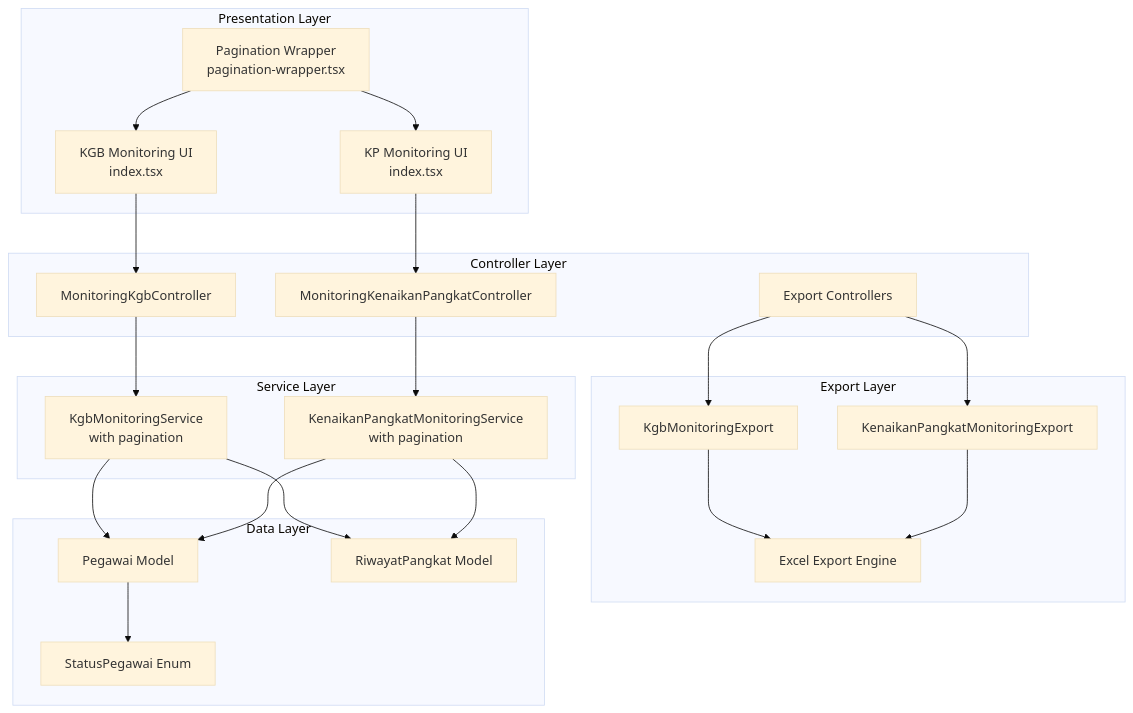
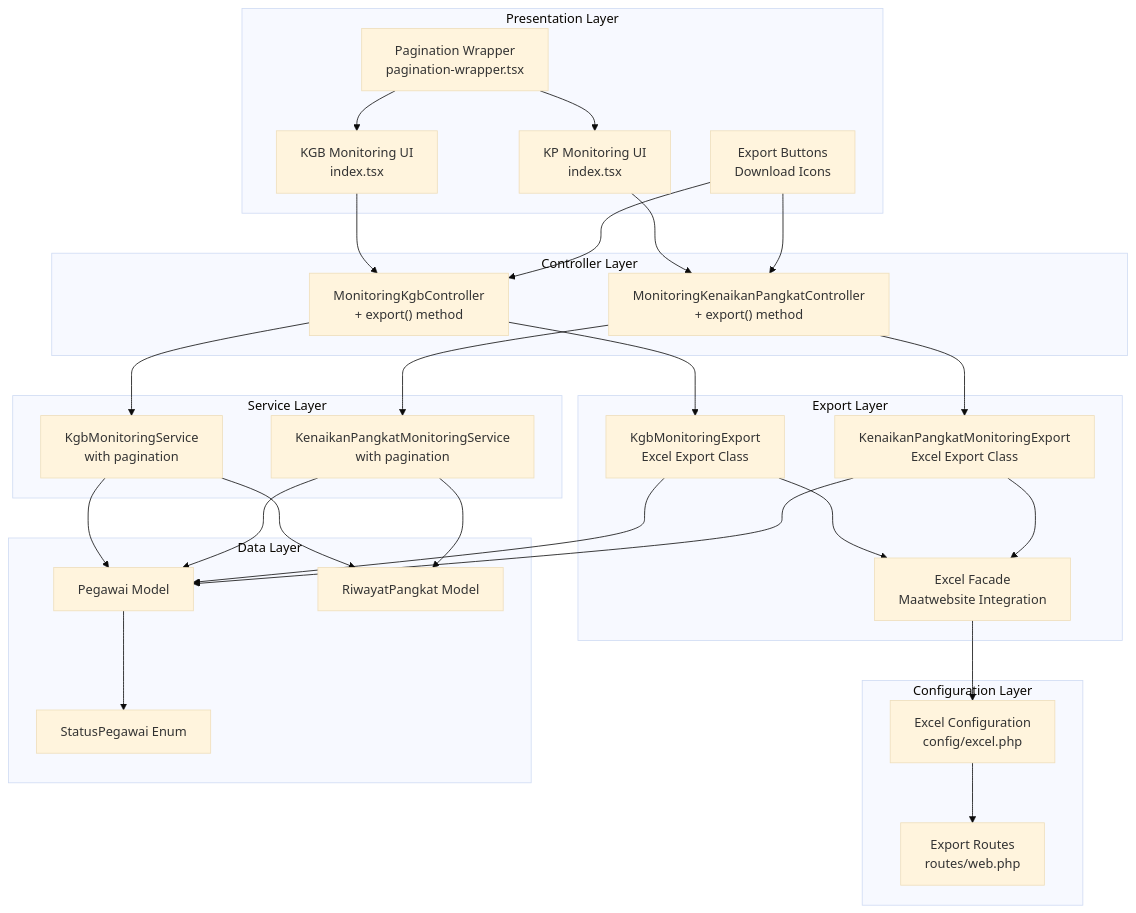
Before and after one commit to PA-Penajam/kepegawaian_apps: the first of 7 diagrams in .qoder/repowiki/en/content/Monitoring and Analytics System/Monitoring and Analytics System.md, drawn with Mermaid (base theme). The commit also changed other lines of this file and 5 other files, not shown here.

````diff
--- a/.qoder/repowiki/en/content/Monitoring and Analytics System/Monitoring and Analytics System.md
+++ b/.qoder/repowiki/en/content/Monitoring and Analytics System/Monitoring and Analytics System.md
@@ -78,42 +88,52 @@
 ```mermaid
 graph TB
 subgraph "Presentation Layer"
 KGBUI["KGB Monitoring UI<br/>index.tsx"]
 KPUI["KP Monitoring UI<br/>index.tsx"]
 Pagination["Pagination Wrapper<br/>pagination-wrapper.tsx"]
+ExportBtn["Export Buttons<br/>Download Icons"]
 end
 subgraph "Controller Layer"
-KGBCtrl["MonitoringKgbController"]
-KPCtrl["MonitoringKenaikanPangkatController"]
-ExportCtrl["Export Controllers"]
+KGBCtrl["MonitoringKgbController<br/>+ export() method"]
+KPCtrl["MonitoringKenaikanPangkatController<br/>+ export() method"]
 end
 subgraph "Service Layer"
 KGBSvc["KgbMonitoringService<br/>with pagination"]
 KPSvc["KenaikanPangkatMonitoringService<br/>with pagination"]
 end
 subgraph "Export Layer"
-KGBExport["KgbMonitoringExport"]
-KPExport["KenaikanPangkatMonitoringExport"]
-Excel["Excel Export Engine"]
+KGBExport["KgbMonitoringExport<br/>Excel Export Class"]
+KPExport["KenaikanPangkatMonitoringExport<br/>Excel Export Class"]
+ExcelFacade["Excel Facade<br/>Maatwebsite Integration"]
+end
+subgraph "Configuration Layer"
+ExcelConfig["Excel Configuration<br/>config/excel.php"]
+Routes["Export Routes<br/>routes/web.php"]
 end
 subgraph "Data Layer"
 PegawaiModel["Pegawai Model"]
 RiwayatPangkatModel["RiwayatPangkat Model"]
 StatusEnum["StatusPegawai Enum"]
 end
 KGBUI --> KGBCtrl
 KPUI --> KPCtrl
+ExportBtn --> KGBCtrl
+ExportBtn --> KPCtrl
 Pagination --> KGBUI
 Pagination --> KPUI
 KGBCtrl --> KGBSvc
 KPCtrl --> KPSvc
-ExportCtrl --> KGBExport
-ExportCtrl --> KPExport
-KGBExport --> Excel
-KPExport --> Excel
+KGBCtrl --> KGBExport
+KPCtrl --> KPExport
+KGBExport --> ExcelFacade
+KPExport --> ExcelFacade
+ExcelFacade --> ExcelConfig
+ExcelConfig --> Routes
+KGBExport --> PegawaiModel
+KPExport --> PegawaiModel
 KGBSvc --> PegawaiModel
 KPSvc --> PegawaiModel
 KGBSvc --> RiwayatPangkatModel
 KPSvc --> RiwayatPangkatModel
 PegawaiModel --> StatusEnum
 ```
````
